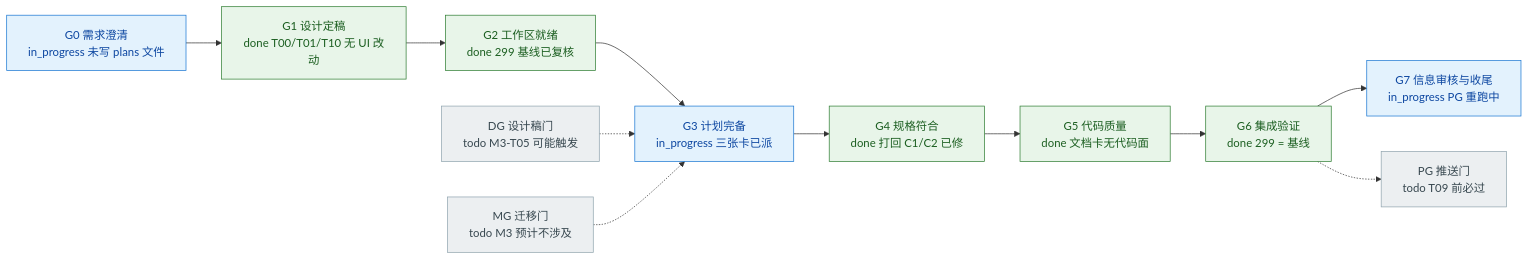
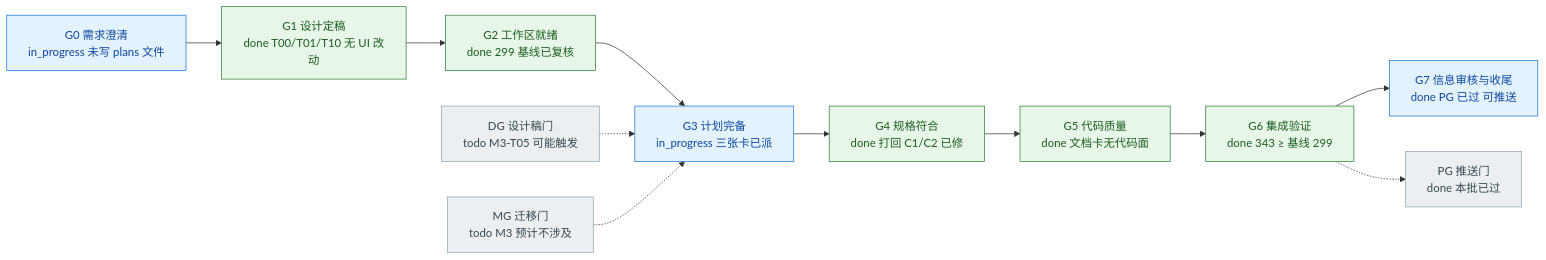
The fourth of 5 diagrams in docs/agent-teams/PROGRESS.md (Shadoso-w/BeanClick), drawn with Mermaid before and after one commit. The commit also changed other lines of this file and 15 other files, not shown here.

````diff
--- a/docs/agent-teams/PROGRESS.md
+++ b/docs/agent-teams/PROGRESS.md
@@ -202,24 +263,24 @@
 ```mermaid
 flowchart LR
     G0["G0 需求澄清<br/>in_progress 未写 plans 文件"] --> G1["G1 设计定稿<br/>done T00/T01/T10 无 UI 改动"]
     G1 --> G2["G2 工作区就绪<br/>done 299 基线已复核"]
     G2 --> G3["G3 计划完备<br/>in_progress 三张卡已派"]
     G3 --> G4["G4 规格符合<br/>done 打回 C1/C2 已修"]
     G4 --> G5["G5 代码质量<br/>done 文档卡无代码面"]
-    G5 --> G6["G6 集成验证<br/>done 299 = 基线"]
-    G6 --> G7["G7 信息审核与收尾<br/>in_progress PG 重跑中"]
+    G5 --> G6["G6 集成验证<br/>done 343 ≥ 基线 299"]
+    G6 --> G7["G7 信息审核与收尾<br/>done PG 已过 可推送"]
     DG["DG 设计稿门<br/>todo M3-T05 可能触发"]
     MG["MG 迁移门<br/>todo M3 预计不涉及"]
-    PG["PG 推送门<br/>todo T09 前必过"]
+    PG["PG 推送门<br/>done 本批已过"]
 
     DG -.-> G3
     MG -.-> G3
     G6 -.-> PG
 
     classDef todo fill:#eceff1,stroke:#90a4ae,color:#37474f
     classDef doing fill:#e3f2fd,stroke:#1976d2,color:#0d47a1
     classDef done fill:#e8f5e9,stroke:#2e7d32,color:#1b5e20
     class G0,G3,G7 doing
     class G1,G2,G4,G5,G6 done
     class DG,MG,PG todo
 ```
````
